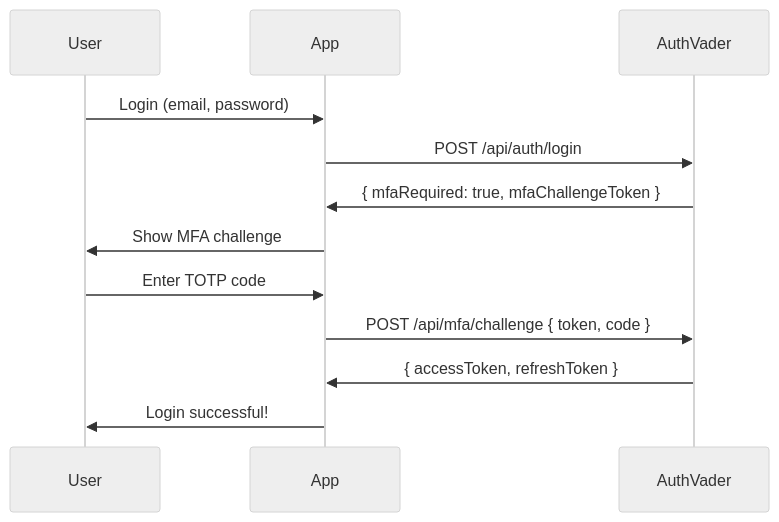
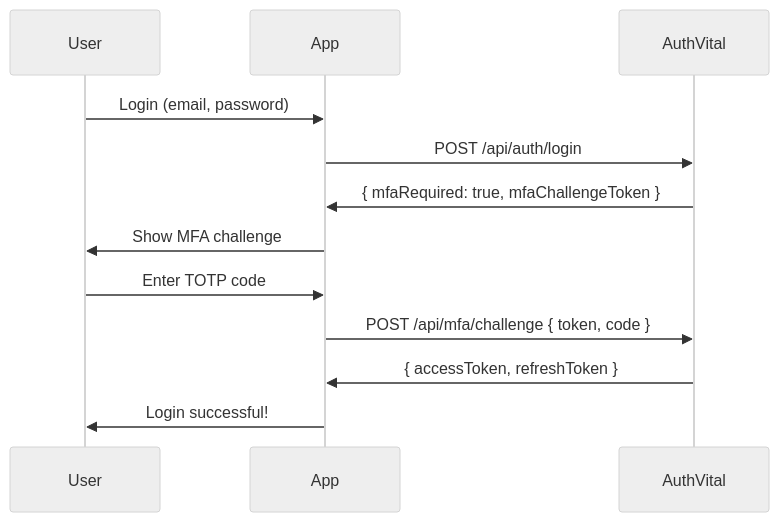
One commit to fed-stew/authvital changed the second of 2 diagrams in docs/security/mfa.md. Above: the diagram before and after it, drawn with Mermaid (neutral theme). The commit also changed other lines of this file and 123 other files, not shown here.

````diff
--- a/docs/security/mfa.md
+++ b/docs/security/mfa.md
@@ -53,15 +53,15 @@
 ```mermaid
 sequenceDiagram
     participant U as User
     participant A as App
-    participant AV as AuthVader
+    participant AV as AuthVital
 
     U->>A: Login (email, password)
     A->>AV: POST /api/auth/login
     AV->>A: { mfaRequired: true, mfaChallengeToken }
     A->>U: Show MFA challenge
     U->>A: Enter TOTP code
     A->>AV: POST /api/mfa/challenge { token, code }
     AV->>A: { accessToken, refreshToken }
     A->>U: Login successful!
 ```
````
